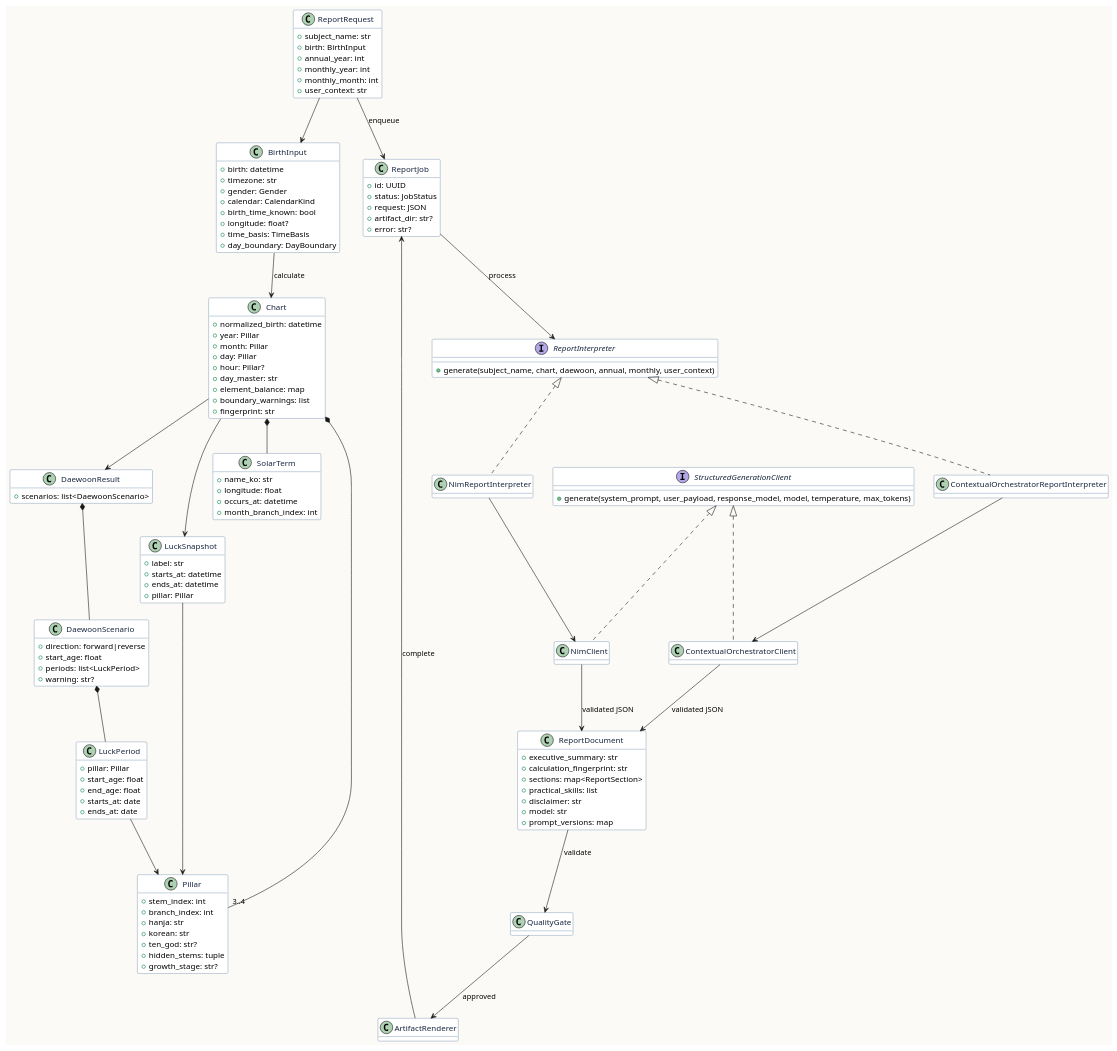
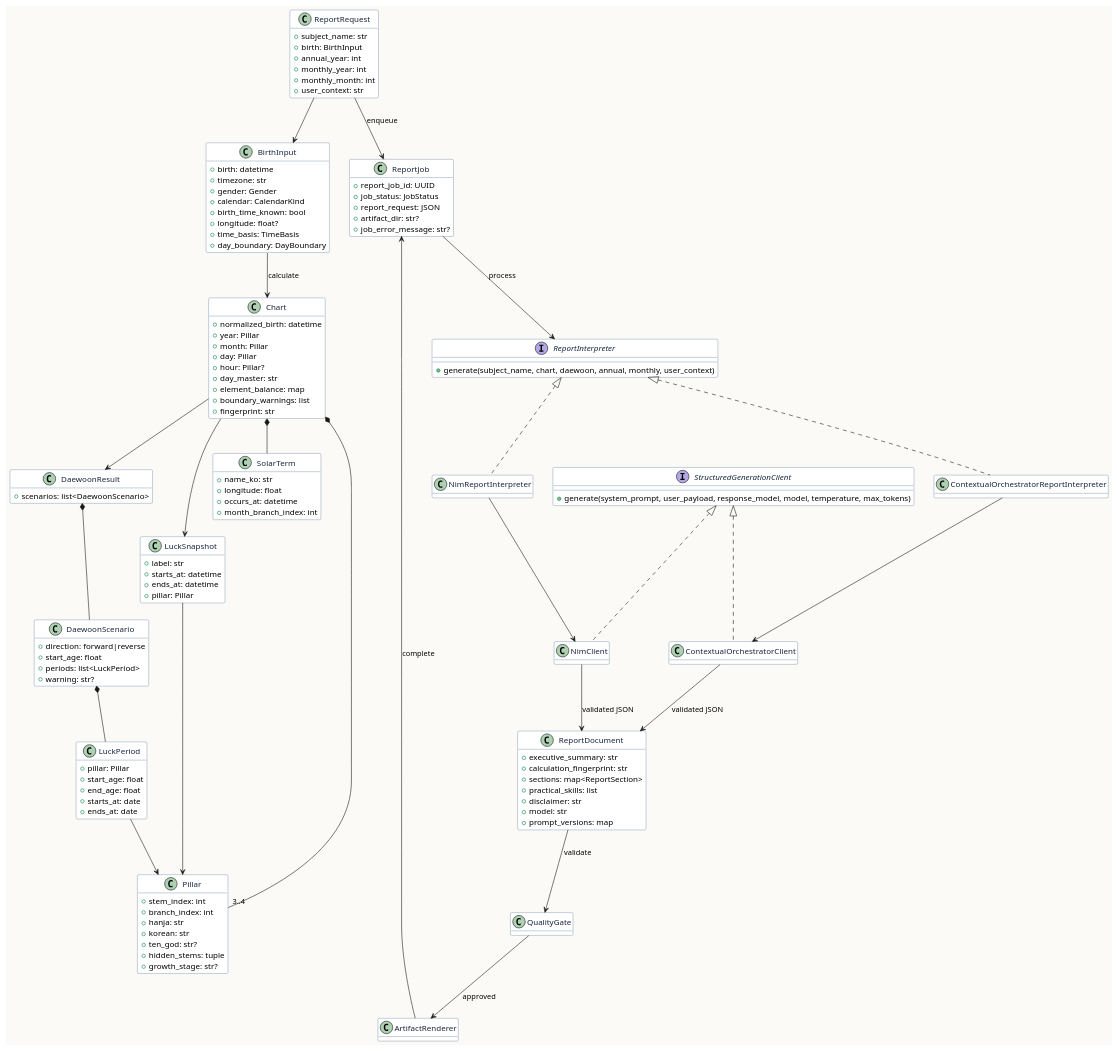
The diagram in docs/uml/domain.puml (ContextualWisdomLab/four-pillars), drawn with PlantUML before and after one commit.

Commit message:
docs(uml): use semantic report job vocabulary

```diff
--- a/docs/uml/domain.puml
+++ b/docs/uml/domain.puml
@@ -1,139 +1,139 @@
 @startuml
 skinparam backgroundColor #FBFAF6
 skinparam classBackgroundColor #FFFFFF
 skinparam classBorderColor #315A84
 skinparam classFontColor #17263F
 hide empty methods
 
 class BirthInput {
   +birth: datetime
   +timezone: str
   +gender: Gender
   +calendar: CalendarKind
   +birth_time_known: bool
   +longitude: float?
   +time_basis: TimeBasis
   +day_boundary: DayBoundary
 }
 
 class Chart {
   +normalized_birth: datetime
   +year: Pillar
   +month: Pillar
   +day: Pillar
   +hour: Pillar?
   +day_master: str
   +element_balance: map
   +boundary_warnings: list
   +fingerprint: str
 }
 
 class Pillar {
   +stem_index: int
   +branch_index: int
   +hanja: str
   +korean: str
   +ten_god: str?
   +hidden_stems: tuple
   +growth_stage: str?
 }
 
 class SolarTerm {
   +name_ko: str
   +longitude: float
   +occurs_at: datetime
   +month_branch_index: int
 }
 
 class DaewoonResult {
   +scenarios: list<DaewoonScenario>
 }
 
 class DaewoonScenario {
   +direction: forward|reverse
   +start_age: float
   +periods: list<LuckPeriod>
   +warning: str?
 }
 
 class LuckPeriod {
   +pillar: Pillar
   +start_age: float
   +end_age: float
   +starts_at: date
   +ends_at: date
 }
 
 class LuckSnapshot {
   +label: str
   +starts_at: datetime
   +ends_at: datetime
   +pillar: Pillar
 }
 
 class ReportRequest {
   +subject_name: str
   +birth: BirthInput
   +annual_year: int
   +monthly_year: int
   +monthly_month: int
   +user_context: str
 }
 
 class ReportDocument {
   +executive_summary: str
   +calculation_fingerprint: str
   +sections: map<ReportSection>
   +practical_skills: list
   +disclaimer: str
   +model: str
   +prompt_versions: map
 }
 
 class ReportJob {
-  +id: UUID
-  +status: JobStatus
-  +request: JSON
+  +report_job_id: UUID
+  +job_status: JobStatus
+  +report_request: JSON
   +artifact_dir: str?
-  +error: str?
+  +job_error_message: str?
 }
 
 interface ReportInterpreter {
   +generate(subject_name, chart, daewoon, annual, monthly, user_context)
 }
 
 interface StructuredGenerationClient {
   +generate(system_prompt, user_payload, response_model, model, temperature, max_tokens)
 }
 
 class NimReportInterpreter
 class ContextualOrchestratorReportInterpreter
 class NimClient
 class ContextualOrchestratorClient
 class QualityGate
 class ArtifactRenderer
 
 BirthInput --> Chart : calculate
 Chart *-- "3..4" Pillar
 Chart *-- SolarTerm
 Chart --> DaewoonResult
 DaewoonResult *-- DaewoonScenario
 DaewoonScenario *-- LuckPeriod
 LuckPeriod --> Pillar
 Chart --> LuckSnapshot
 LuckSnapshot --> Pillar
 ReportRequest --> BirthInput
 ReportRequest --> ReportJob : enqueue
 ReportJob --> ReportInterpreter : process
 ReportInterpreter <|.. NimReportInterpreter
 ReportInterpreter <|.. ContextualOrchestratorReportInterpreter
 StructuredGenerationClient <|.. NimClient
 StructuredGenerationClient <|.. ContextualOrchestratorClient
 NimReportInterpreter --> NimClient
 ContextualOrchestratorReportInterpreter --> ContextualOrchestratorClient
 NimClient --> ReportDocument : validated JSON
 ContextualOrchestratorClient --> ReportDocument : validated JSON
 ReportDocument --> QualityGate : validate
 QualityGate --> ArtifactRenderer : approved
 ArtifactRenderer --> ReportJob : complete
 @enduml
```
